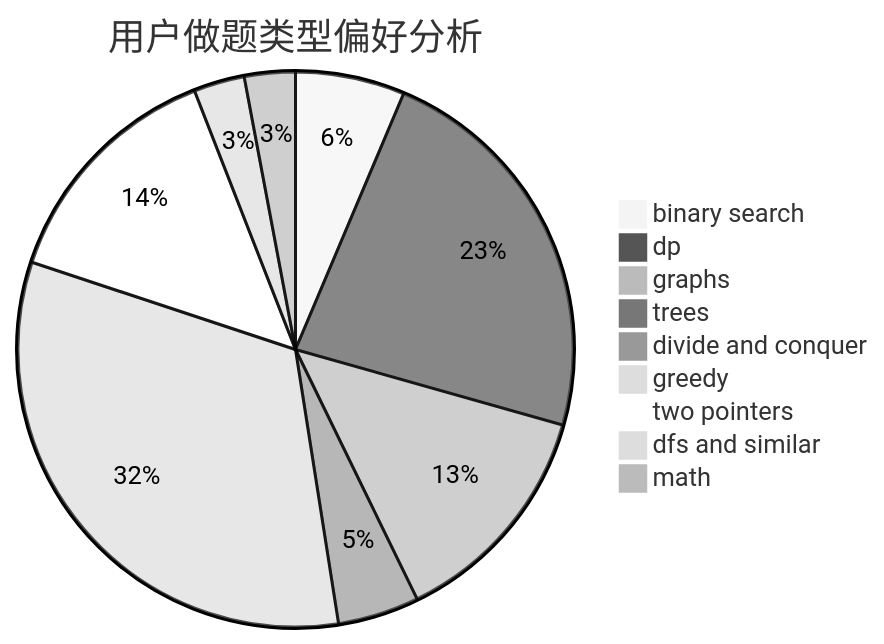
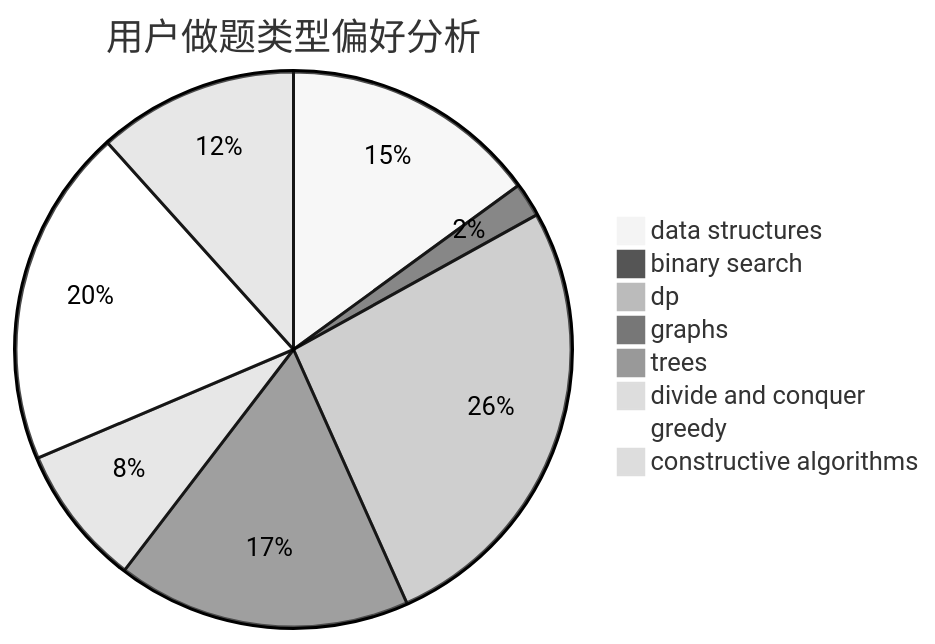
Before and after one commit to sherpahu/cfrs.github.io: the second of 3 diagrams in docs/user/u1171.md, drawn with Mermaid (neutral theme). The commit also changed other lines of this file and 2775 other files, not shown here.

````diff
--- a/docs/user/u1171.md
+++ b/docs/user/u1171.md
@@ -23,12 +23,11 @@
 ```mermaid
 pie title 用户做题类型偏好分析
-    "binary search" :  86
-    "dp" :  311
-    "graphs" :  181
-    "trees" :  9
-    "divide and conquer" :  64
-    "greedy" :  440
-    "two pointers" :  189
-    "dfs and similar" :  40
-    "math" :  40
+    "data structures" :  113
+    "binary search" :  15
+    "dp" :  199
+    "graphs" :  129
+    "trees" :  4
+    "divide and conquer" :  62
+    "greedy" :  149
+    "constructive algorithms" :  88
 ```
````
